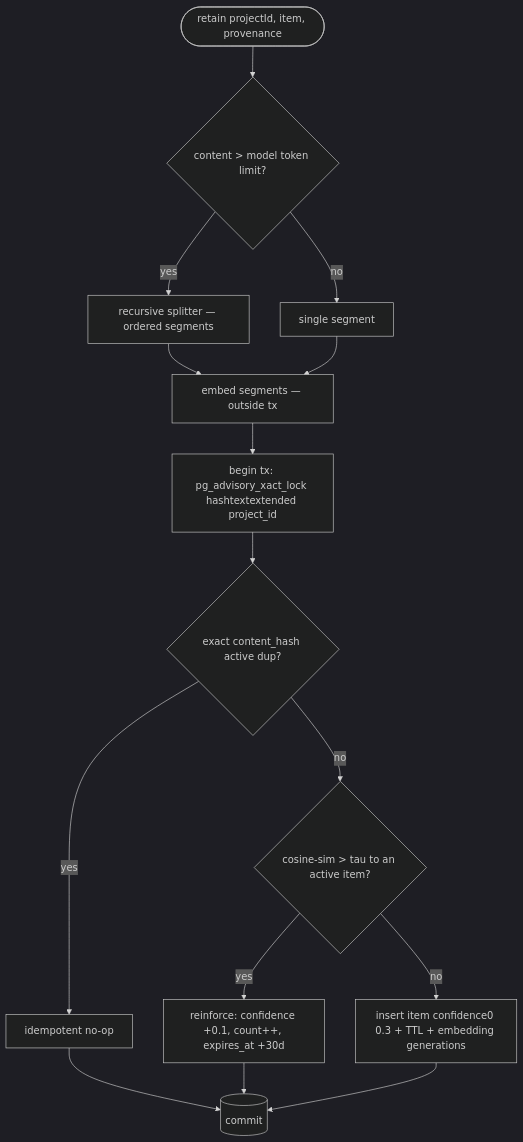
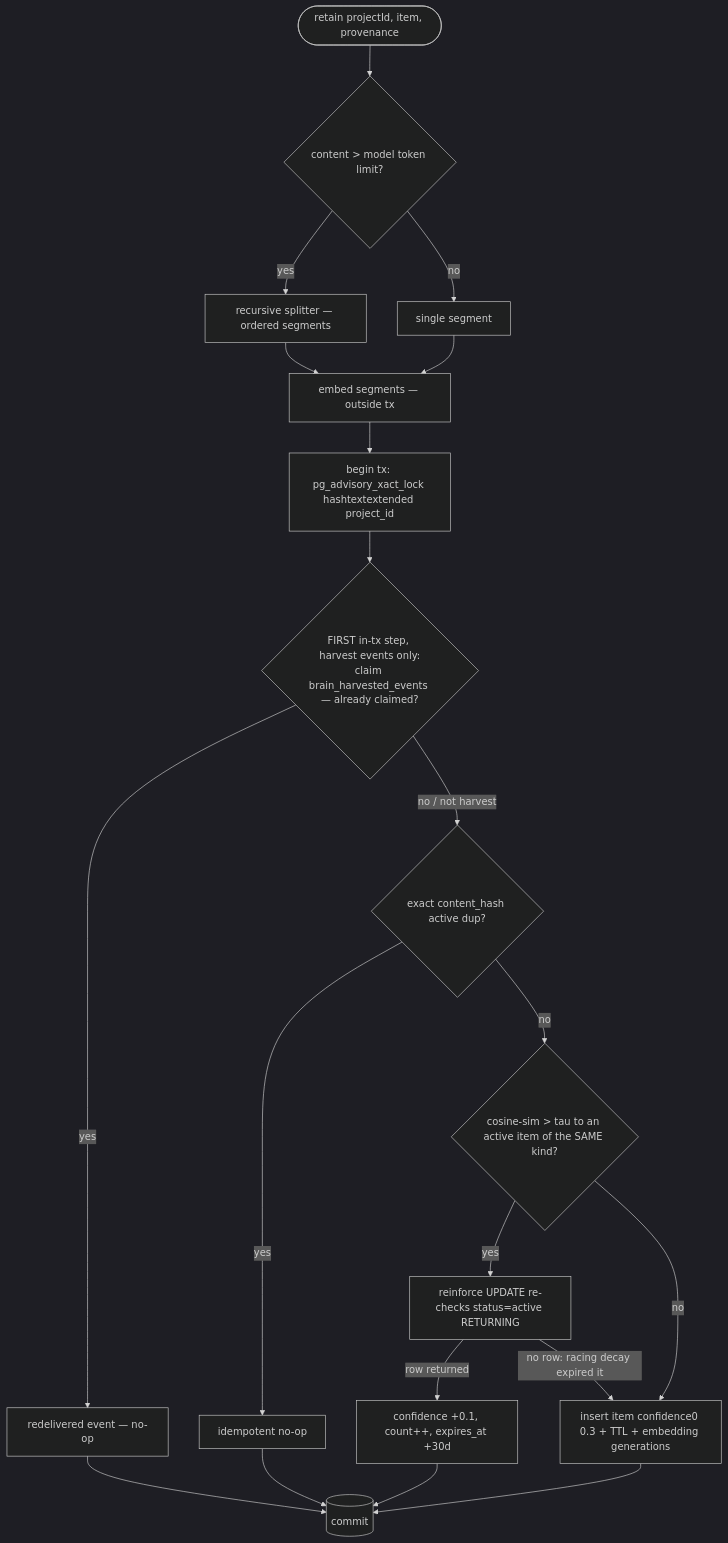
Before and after one commit to maister-dev/maister: the fourth of 7 diagrams in docs/system-analytics/project-brain.md, drawn with Mermaid (dark theme). The commit also changed other lines of this file and 61 other files, not shown here.

````diff
--- a/docs/system-analytics/project-brain.md
+++ b/docs/system-analytics/project-brain.md
@@ -133,17 +165,22 @@
 ```mermaid
 flowchart TD
     S([retain projectId, item, provenance]) --> OV{content > model token limit?}
     OV -- yes --> SPL[recursive splitter — ordered segments]
     OV -- no --> ONE[single segment]
     SPL --> EMB[embed segments — outside tx]
     ONE --> EMB
     EMB --> TX[begin tx: pg_advisory_xact_lock hashtextextended project_id]
-    TX --> HASH{exact content_hash active dup?}
+    TX --> LED{FIRST in-tx step, harvest events only:<br/>claim brain_harvested_events — already claimed?}
+    LED -- yes --> RED[redelivered event — no-op]
+    LED -- no / not harvest --> HASH{exact content_hash active dup?}
     HASH -- yes --> NOOP[idempotent no-op]
-    HASH -- no --> NEAR{cosine-sim > tau to an active item?}
-    NEAR -- yes --> REIN[reinforce: confidence +0.1, count++, expires_at +30d]
+    HASH -- no --> NEAR{cosine-sim > tau to an active item of the SAME kind?}
+    NEAR -- yes --> REIN[reinforce UPDATE re-checks status=active RETURNING]
+    REIN -- row returned --> OK[confidence +0.1, count++, expires_at +30d]
+    REIN -- no row: racing decay expired it --> INS
     NEAR -- no --> INS[insert item confidence0 0.3 + TTL + embedding generations]
-    NOOP --> COMMIT[(commit)]
-    REIN --> COMMIT
+    RED --> COMMIT[(commit)]
+    NOOP --> COMMIT
+    OK --> COMMIT
     INS --> COMMIT
 ```
````
